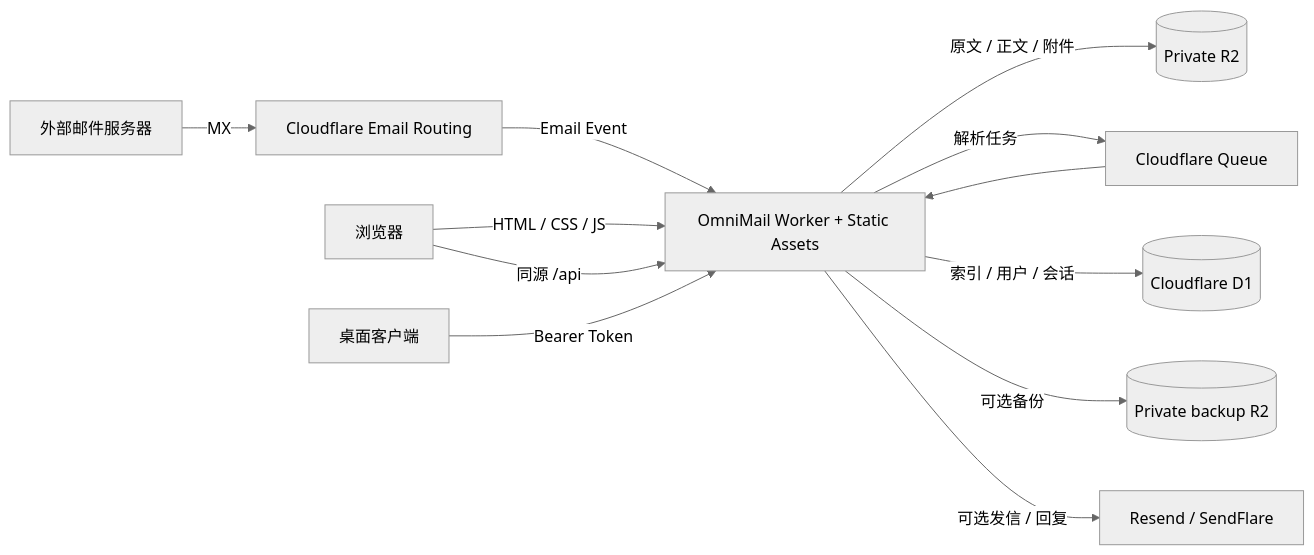
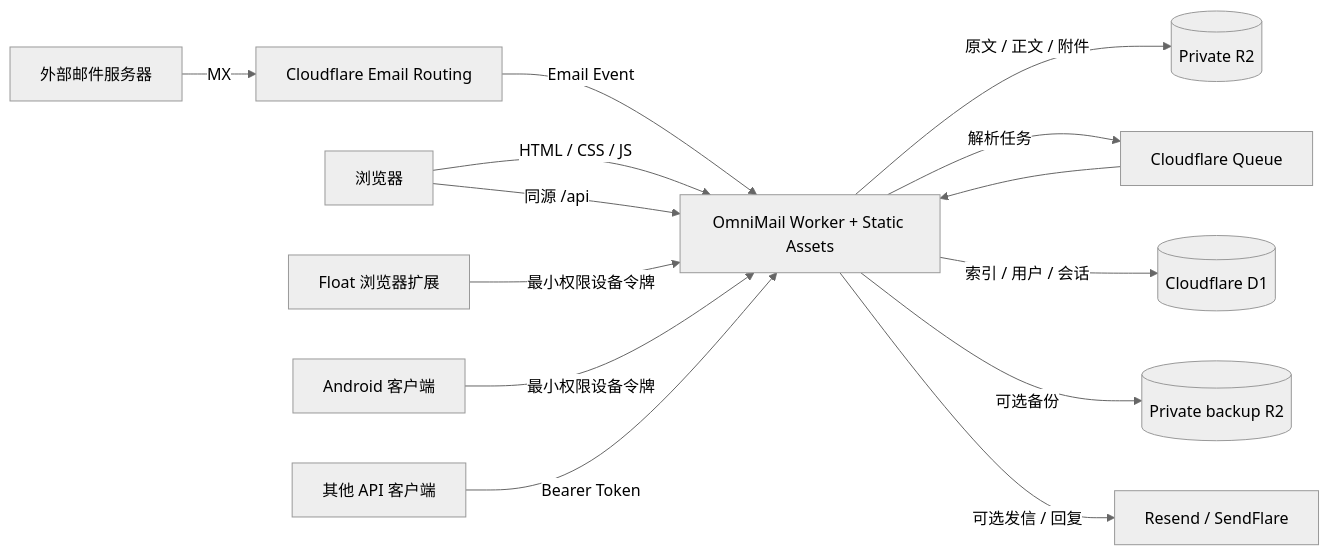
The diagram in README.md (7iook/OmniMail), drawn with Mermaid (neutral theme) before and after one commit. The commit also changed other lines of this file, not shown here.

````diff
--- a/README.md
+++ b/README.md
@@ -218,15 +254,17 @@
 ```mermaid
 flowchart LR
     Sender[外部邮件服务器] -->|MX| Routing[Cloudflare Email Routing]
     Routing -->|Email Event| Worker[OmniMail Worker + Static Assets]
     Worker -->|原文 / 正文 / 附件| R2[(Private R2)]
     Worker -->|解析任务| Queue[Cloudflare Queue]
     Queue --> Worker
     Worker -->|索引 / 用户 / 会话| D1[(Cloudflare D1)]
     Worker -->|可选备份| Backup[(Private backup R2)]
     Worker -->|可选发信 / 回复| Provider[Resend / SendFlare]
 
     Browser[浏览器] -->|HTML / CSS / JS| Worker
     Browser -->|同源 /api| Worker
-    Desktop[桌面客户端] -->|Bearer Token| Worker
+    Float[Float 浏览器扩展] -->|最小权限设备令牌| Worker
+    Android[Android 客户端] -->|最小权限设备令牌| Worker
+    Desktop[其他 API 客户端] -->|Bearer Token| Worker
 ```
````
